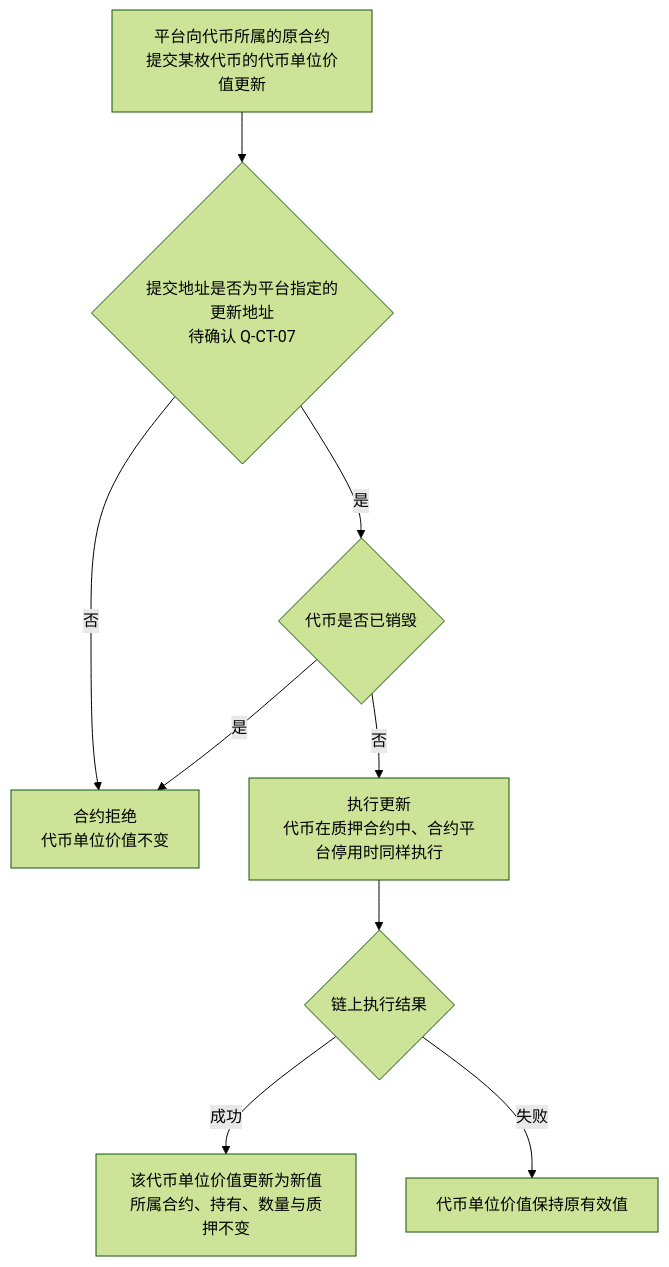
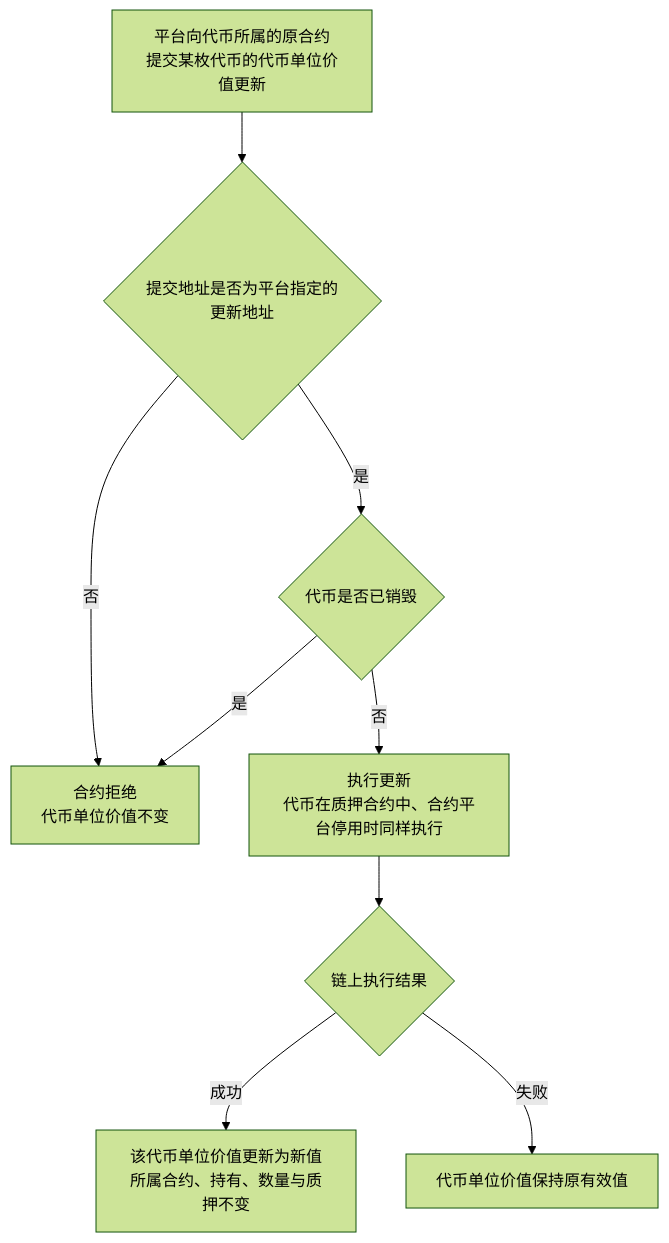
The sixth of 7 diagrams in token-issuance-platform/PRD/管理端/M6-合约管理/02-合约管理-流程图与状态机.md (wxblockchain/Chain-Financing), drawn with Mermaid (forest theme) before and after one commit. The commit also changed other lines of this file and 2 other files, not shown here.

Commit message:
prd(WS-512): confirm M6 unit-value update submitter (Q-CT-07)
Only the platform-designated update address may submit on-chain
token unit value updates; other addresses are rejected by the contract.
AC-CT-20 no longer pending.

````diff
--- a/token-issuance-platform/PRD/管理端/M6-合约管理/02-合约管理-流程图与状态机.md
+++ b/token-issuance-platform/PRD/管理端/M6-合约管理/02-合约管理-流程图与状态机.md
@@ -119,11 +119,11 @@
 ```mermaid
 flowchart TD
-    A[平台向代币所属的原合约<br/>提交某枚代币的代币单位价值更新] --> B{提交地址是否为平台指定的更新地址<br/>待确认 Q-CT-07}
+    A[平台向代币所属的原合约<br/>提交某枚代币的代币单位价值更新] --> B{提交地址是否为平台指定的更新地址}
     B -->|否| X[合约拒绝<br/>代币单位价值不变]
     B -->|是| C{代币是否已销毁}
     C -->|是| X
     C -->|否| D[执行更新<br/>代币在质押合约中、合约平台停用时同样执行]
     D --> E{链上执行结果}
     E -->|成功| F[该代币单位价值更新为新值<br/>所属合约、持有、数量与质押不变]
     E -->|失败| G[代币单位价值保持原有效值]
 ```
````
